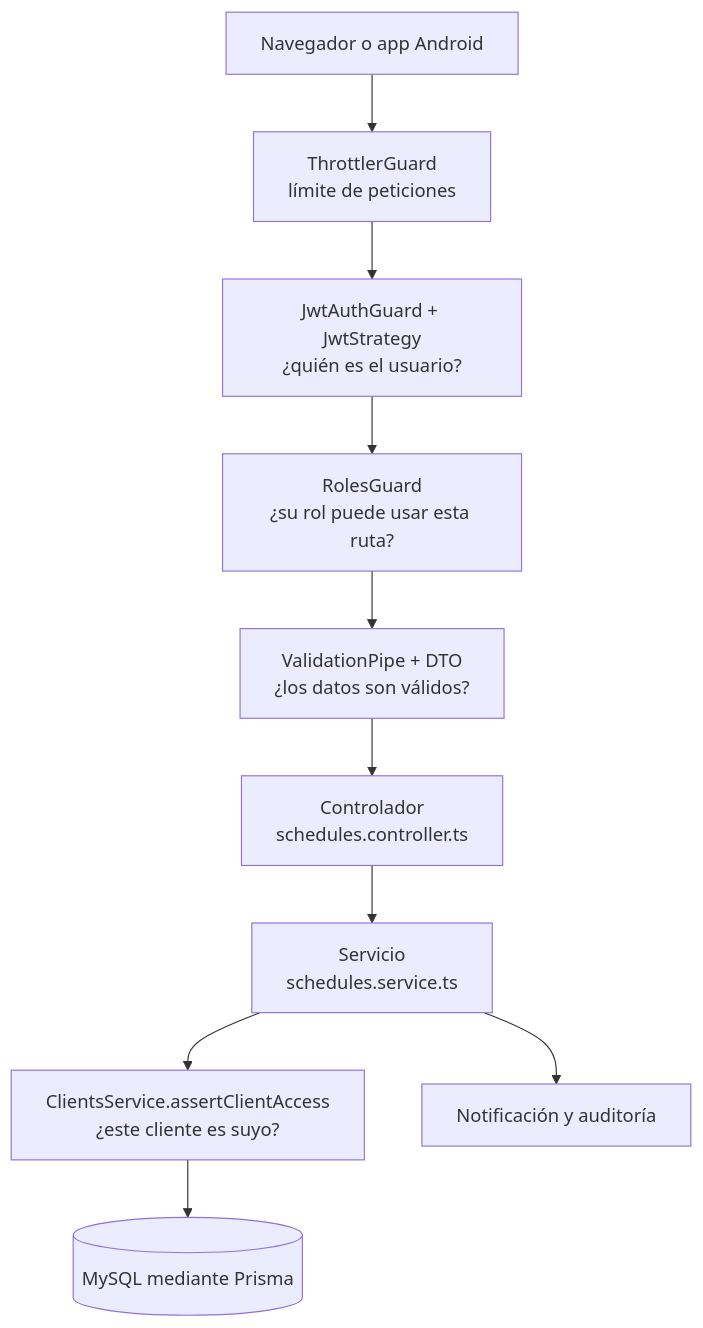
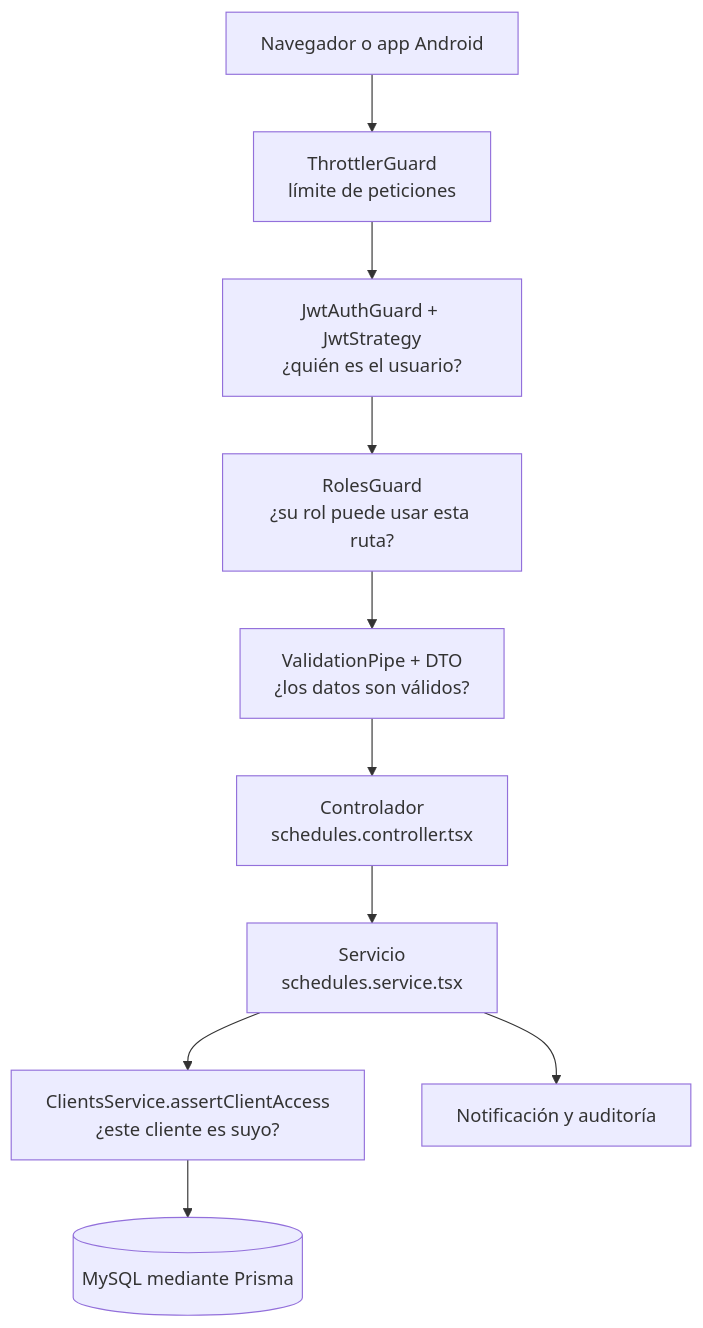
The diagram in docs/guia-de-archivos.md (Segura-Luca/contentsync-server), drawn with Mermaid before and after one commit. The commit also changed other lines of this file and 80 other files, not shown here.

````diff
--- a/docs/guia-de-archivos.md
+++ b/docs/guia-de-archivos.md
@@ -31,12 +31,12 @@
 ```mermaid
 flowchart TD
     A["Navegador o app Android"] --> B["ThrottlerGuard<br/>límite de peticiones"]
     B --> C["JwtAuthGuard + JwtStrategy<br/>¿quién es el usuario?"]
     C --> D["RolesGuard<br/>¿su rol puede usar esta ruta?"]
     D --> E["ValidationPipe + DTO<br/>¿los datos son válidos?"]
-    E --> F["Controlador<br/>schedules.controller.ts"]
-    F --> G["Servicio<br/>schedules.service.ts"]
+    E --> F["Controlador<br/>schedules.controller.tsx"]
+    F --> G["Servicio<br/>schedules.service.tsx"]
     G --> H["ClientsService.assertClientAccess<br/>¿este cliente es suyo?"]
     H --> I[("MySQL mediante Prisma")]
     G --> J["Notificación y auditoría"]
 ```
````
